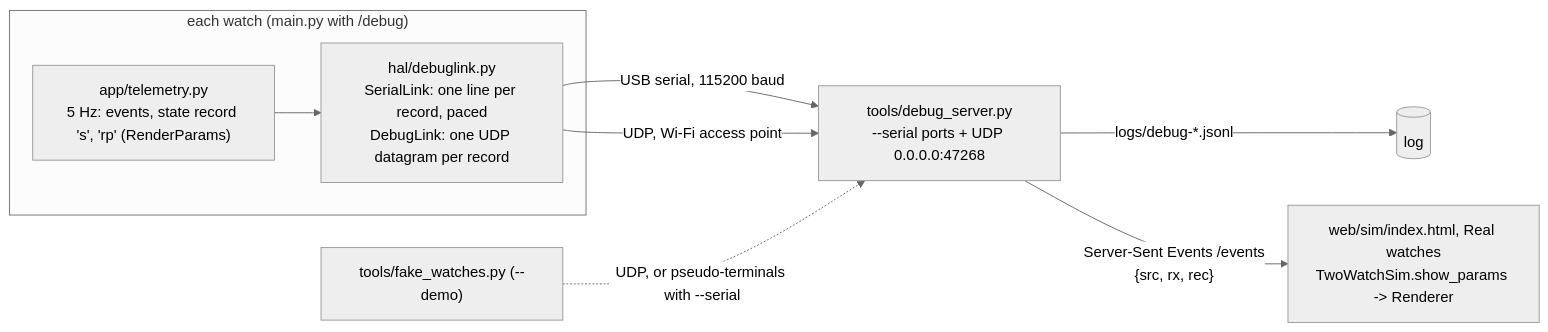
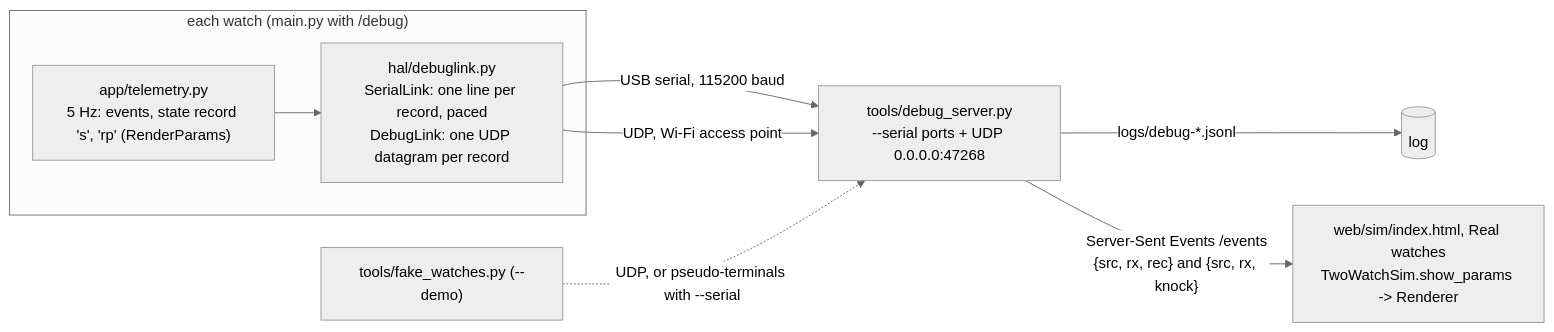
The second of 2 diagrams in docs/architecture.md (shogowarrior/watch-game), drawn with Mermaid (neutral theme) before and after one commit. The commit also changed other lines of this file and 15 other files, not shown here.

First line of the commit message:
Show matched knocks and why the rest did not count in Real watches mode

````diff
--- a/docs/architecture.md
+++ b/docs/architecture.md
@@ -260,11 +260,11 @@
 ```mermaid
 flowchart LR
   subgraph W["each watch (main.py with /debug)"]
     T["app/telemetry.py<br>5 Hz: events, state record 's', 'rp' (RenderParams)"] --> L["hal/debuglink.py<br>SerialLink: one line per record, paced<br>DebugLink: one UDP datagram per record"]
   end
   L -- "USB serial, 115200 baud" --> B["tools/debug_server.py<br>--serial ports + UDP 0.0.0.0:47268"]
   L -- "UDP, Wi-Fi access point" --> B
   F["tools/fake_watches.py (--demo)"] -. "UDP, or pseudo-terminals with --serial" .-> B
   B -- "logs/debug-*.jsonl" --> G[(log)]
-  B -- "Server-Sent Events /events<br>{src, rx, rec}" --> P["web/sim/index.html, Real watches<br>TwoWatchSim.show_params -> Renderer"]
+  B -- "Server-Sent Events /events<br>{src, rx, rec} and {src, rx, knock}" --> P["web/sim/index.html, Real watches<br>TwoWatchSim.show_params -> Renderer"]
 ```
````
